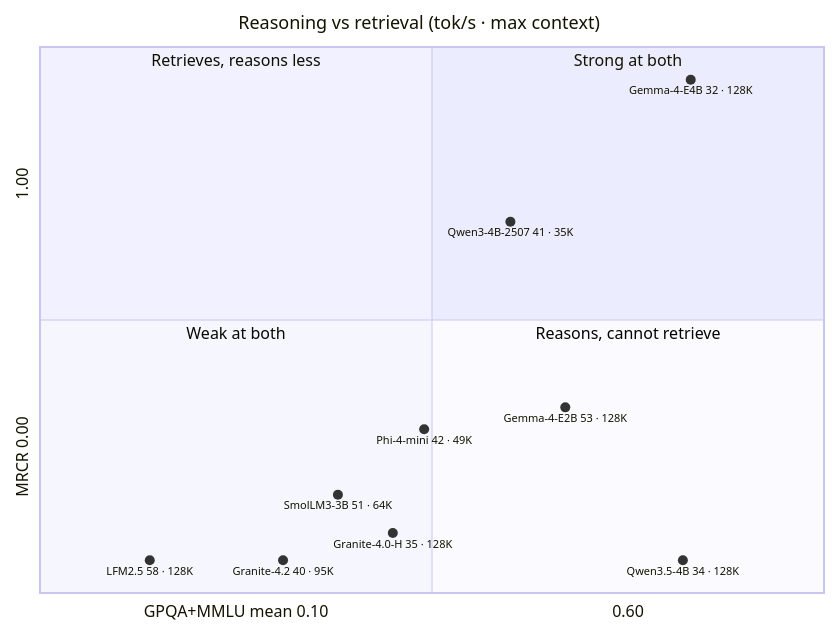
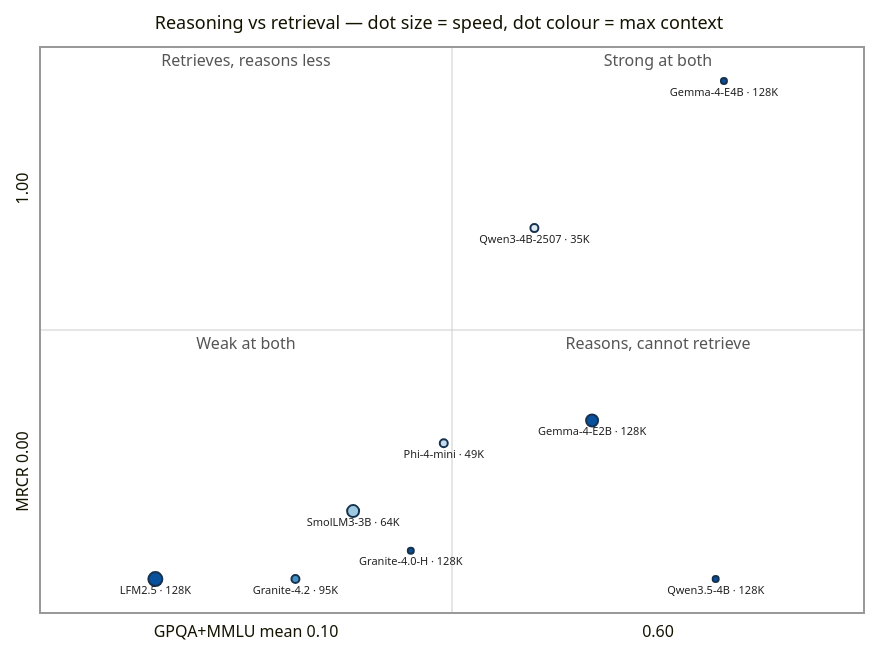
Before and after one commit to maximosipov/macbook-pro-2019-radeon-5500m-4gb: the diagram in models.md, drawn with Mermaid. The commit also changed other lines of this file, not shown here.

Commit message:
Encode speed as dot size and context as dot colour
The quadrant chart now carries four measurements per model: reasoning and
retrieval as position, generation speed as dot size, and the largest context
that fits on this card as dot colour (near-white 35K through deep blue 128K).
Quadrant fills are white so the dot shading is the only colour on the chart.

The tok/s digits came out of the labels once size encoded them - Mermaid centres
a point label on its dot, so a large dot sits on top of its own text, and the
shorter label puts the dot on the separator instead of on a number. Exact speeds
remain in the speed table.

Two constraints found by rendering: Mermaid's point styling rejects decimals
(radius 8.5, stroke-width 1.5px both fail to parse), and the usable radius range
is roughly 3-7 before labels become unreadable. Checks confirm dot size is
monotonic in tok/s and each colour matches the ceilings table.

````diff
--- a/models.md
+++ b/models.md
@@ -22,27 +31,39 @@
 ```mermaid
 ---
 config:
   quadrantChart:
-    chartWidth: 820
-    chartHeight: 620
+    chartWidth: 860
+    chartHeight: 640
     pointLabelFontSize: 11
     titleFontSize: 18
+  themeVariables:
+    quadrant1Fill: "#ffffff"
+    quadrant2Fill: "#ffffff"
+    quadrant3Fill: "#ffffff"
+    quadrant4Fill: "#ffffff"
+    quadrant1TextFill: "#555555"
+    quadrant2TextFill: "#555555"
+    quadrant3TextFill: "#555555"
+    quadrant4TextFill: "#555555"
+    quadrantInternalBorderStrokeFill: "#cccccc"
+    quadrantExternalBorderStrokeFill: "#999999"
+    quadrantPointTextFill: "#222222"
 ---
 quadrantChart
-    title Reasoning vs retrieval (tok/s · max context)
+    title Reasoning vs retrieval — dot size = speed, dot colour = max context
     x-axis "GPQA+MMLU mean 0.10" --> "0.60"
     y-axis "MRCR 0.00" --> "1.00"
     quadrant-1 Strong at both
     quadrant-2 Retrieves, reasons less
     quadrant-3 Weak at both
     quadrant-4 Reasons, cannot retrieve
-    Gemma-4-E4B 32 · 128K: [0.83, 0.94]
-    Qwen3-4B-2507 41 · 35K: [0.60, 0.68]
-    Gemma-4-E2B 53 · 128K: [0.67, 0.34]
-    Phi-4-mini 42 · 49K: [0.49, 0.30]
-    SmolLM3-3B 51 · 64K: [0.38, 0.18]
-    Granite-4.0-H 35 · 128K: [0.45, 0.11]
-    Granite-4.2 40 · 95K: [0.31, 0.06]
-    LFM2.5 58 · 128K: [0.14, 0.06]
-    Qwen3.5-4B 34 · 128K: [0.82, 0.06]
+    Gemma-4-E4B · 128K: [0.83, 0.94] radius: 3, color: #08519c, stroke-color: #16324f, stroke-width: 2px
+    Qwen3-4B-2507 · 35K: [0.60, 0.68] radius: 4, color: #deebf7, stroke-color: #16324f, stroke-width: 2px
+    Gemma-4-E2B · 128K: [0.67, 0.34] radius: 6, color: #08519c, stroke-color: #16324f, stroke-width: 2px
+    Phi-4-mini · 49K: [0.49, 0.30] radius: 4, color: #c6dbef, stroke-color: #16324f, stroke-width: 2px
+    SmolLM3-3B · 64K: [0.38, 0.18] radius: 6, color: #9ecae1, stroke-color: #16324f, stroke-width: 2px
+    Granite-4.0-H · 128K: [0.45, 0.11] radius: 3, color: #08519c, stroke-color: #16324f, stroke-width: 2px
+    Granite-4.2 · 95K: [0.31, 0.06] radius: 4, color: #4292c6, stroke-color: #16324f, stroke-width: 2px
+    LFM2.5 · 128K: [0.14, 0.06] radius: 7, color: #08519c, stroke-color: #16324f, stroke-width: 2px
+    Qwen3.5-4B · 128K: [0.82, 0.06] radius: 3, color: #08519c, stroke-color: #16324f, stroke-width: 2px
 ```
````
